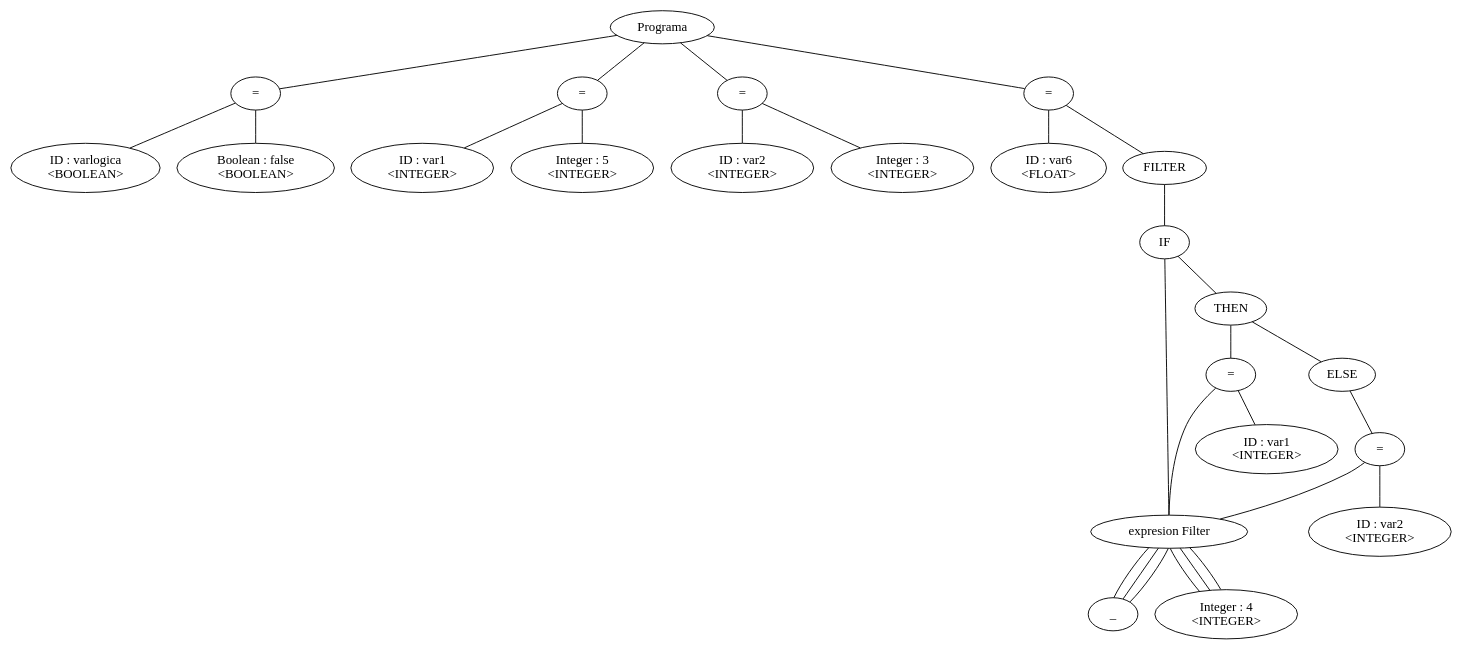
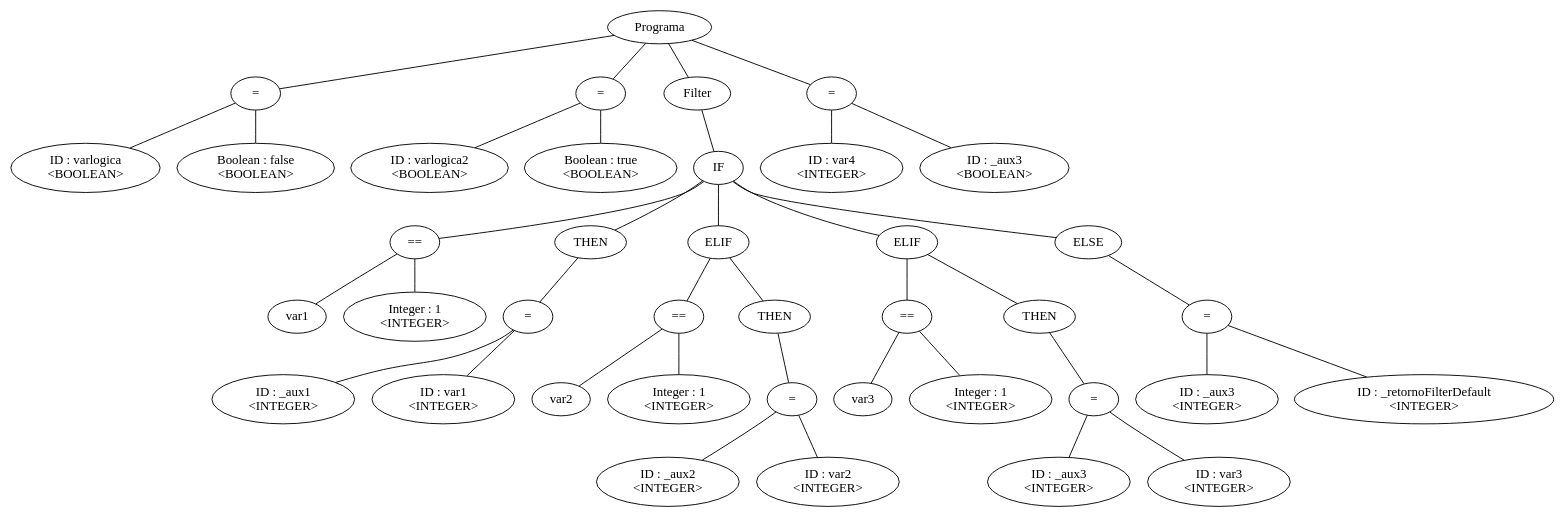
Before and after one commit to leandroprios/compilador: the diagram in arbol.dot, drawn with Graphviz. The commit also changed 79 other files, not shown here.

```diff
--- a/arbol.dot
+++ b/arbol.dot
@@ -1,58 +1,78 @@
-graph G {nodo_1864582582[label="Programa"]
-nodo_1100424528[label="="]
-nodo_1864582582--nodo_1100424528
-nodo_101941028[label="ID : varlogica\n<BOOLEAN>"]
-nodo_1100424528--nodo_101941028
-nodo_1936233637[label="Boolean : false\n<BOOLEAN>"]
-nodo_1100424528--nodo_1936233637
-nodo_241494135[label="="]
-nodo_1864582582--nodo_241494135
-nodo_1990320462[label="ID : var1\n<INTEGER>"]
-nodo_241494135--nodo_1990320462
-nodo_1800817377[label="Integer : 5\n<INTEGER>"]
-nodo_241494135--nodo_1800817377
-nodo_1546397330[label="="]
-nodo_1864582582--nodo_1546397330
-nodo_1973574192[label="ID : var2\n<INTEGER>"]
-nodo_1546397330--nodo_1973574192
-nodo_217087579[label="Integer : 3\n<INTEGER>"]
-nodo_1546397330--nodo_217087579
-nodo_1437088870[label="="]
-nodo_1864582582--nodo_1437088870
-nodo_1754110199[label="ID : var6\n<FLOAT>"]
-nodo_1437088870--nodo_1754110199
-nodo_253312012[label="FILTER"]
-nodo_1437088870--nodo_253312012
-nodo_9734418[label="IF"]
-nodo_253312012--nodo_9734418
-nodo_705542599[label="expresion Filter"]
-nodo_9734418--nodo_705542599
-nodo_277194276[label="_"]
-nodo_705542599--nodo_277194276
-nodo_1446642020[label="Integer : 4\n<INTEGER>"]
-nodo_705542599--nodo_1446642020
-nodo_1726777651[label="THEN"]
-nodo_9734418--nodo_1726777651
-nodo_951121428[label="="]
-nodo_1726777651--nodo_951121428
-nodo_87675808[label="ID : var1\n<INTEGER>"]
-nodo_951121428--nodo_87675808
-nodo_705542599[label="expresion Filter"]
-nodo_951121428--nodo_705542599
-nodo_277194276[label="_"]
-nodo_705542599--nodo_277194276
-nodo_1446642020[label="Integer : 4\n<INTEGER>"]
-nodo_705542599--nodo_1446642020
-nodo_1793940025[label="ELSE"]
-nodo_1726777651--nodo_1793940025
-nodo_1734175253[label="="]
-nodo_1793940025--nodo_1734175253
-nodo_1482825916[label="ID : var2\n<INTEGER>"]
-nodo_1734175253--nodo_1482825916
-nodo_705542599[label="expresion Filter"]
-nodo_1734175253--nodo_705542599
-nodo_277194276[label="_"]
-nodo_705542599--nodo_277194276
-nodo_1446642020[label="Integer : 4\n<INTEGER>"]
-nodo_705542599--nodo_1446642020
+graph G {nodo_1078639890[label="Programa"]
+nodo_1909777158[label="="]
+nodo_1078639890--nodo_1909777158
+nodo_206323037[label="ID : varlogica\n<BOOLEAN>"]
+nodo_1909777158--nodo_206323037
+nodo_427533291[label="Boolean : false\n<BOOLEAN>"]
+nodo_1909777158--nodo_427533291
+nodo_1441543124[label="="]
+nodo_1078639890--nodo_1441543124
+nodo_66463420[label="ID : varlogica2\n<BOOLEAN>"]
+nodo_1441543124--nodo_66463420
+nodo_1857897802[label="Boolean : true\n<BOOLEAN>"]
+nodo_1441543124--nodo_1857897802
+nodo_706598797[label="Filter"]
+nodo_1078639890--nodo_706598797
+nodo_509289353[label="IF"]
+nodo_706598797--nodo_509289353
+nodo_683254514[label="=="]
+nodo_509289353--nodo_683254514
+nodo_1818016215[label="var1"]
+nodo_683254514--nodo_1818016215
+nodo_727488702[label="Integer : 1\n<INTEGER>"]
+nodo_683254514--nodo_727488702
+nodo_1199331040[label="THEN"]
+nodo_509289353--nodo_1199331040
+nodo_870968588[label="="]
+nodo_1199331040--nodo_870968588
+nodo_988969127[label="ID : _aux1\n<INTEGER>"]
+nodo_870968588--nodo_988969127
+nodo_1973722671[label="ID : var1\n<INTEGER>"]
+nodo_870968588--nodo_1973722671
+nodo_815513896[label="ELIF"]
+nodo_509289353--nodo_815513896
+nodo_1281809338[label="=="]
+nodo_815513896--nodo_1281809338
+nodo_1702409681[label="var2"]
+nodo_1281809338--nodo_1702409681
+nodo_880548535[label="Integer : 1\n<INTEGER>"]
+nodo_1281809338--nodo_880548535
+nodo_1978279311[label="THEN"]
+nodo_815513896--nodo_1978279311
+nodo_549565552[label="="]
+nodo_1978279311--nodo_549565552
+nodo_3627908[label="ID : _aux2\n<INTEGER>"]
+nodo_549565552--nodo_3627908
+nodo_1422545047[label="ID : var2\n<INTEGER>"]
+nodo_549565552--nodo_1422545047
+nodo_242004232[label="ELIF"]
+nodo_509289353--nodo_242004232
+nodo_589559425[label="=="]
+nodo_242004232--nodo_589559425
+nodo_426930714[label="var3"]
+nodo_589559425--nodo_426930714
+nodo_523949899[label="Integer : 1\n<INTEGER>"]
+nodo_589559425--nodo_523949899
+nodo_1193419614[label="THEN"]
+nodo_242004232--nodo_1193419614
+nodo_1209972396[label="="]
+nodo_1193419614--nodo_1209972396
+nodo_1115094807[label="ID : _aux3\n<INTEGER>"]
+nodo_1209972396--nodo_1115094807
+nodo_188737693[label="ID : var3\n<INTEGER>"]
+nodo_1209972396--nodo_188737693
+nodo_1436853977[label="ELSE"]
+nodo_509289353--nodo_1436853977
+nodo_1816971415[label="="]
+nodo_1436853977--nodo_1816971415
+nodo_431430734[label="ID : _aux3\n<INTEGER>"]
+nodo_1816971415--nodo_431430734
+nodo_1832416485[label="ID : _retornoFilterDefault\n<INTEGER>"]
+nodo_1816971415--nodo_1832416485
+nodo_1763201547[label="="]
+nodo_1078639890--nodo_1763201547
+nodo_1671051215[label="ID : var4\n<INTEGER>"]
+nodo_1763201547--nodo_1671051215
+nodo_1122894494[label="ID : _aux3\n<BOOLEAN>"]
+nodo_1763201547--nodo_1122894494
 }
```
